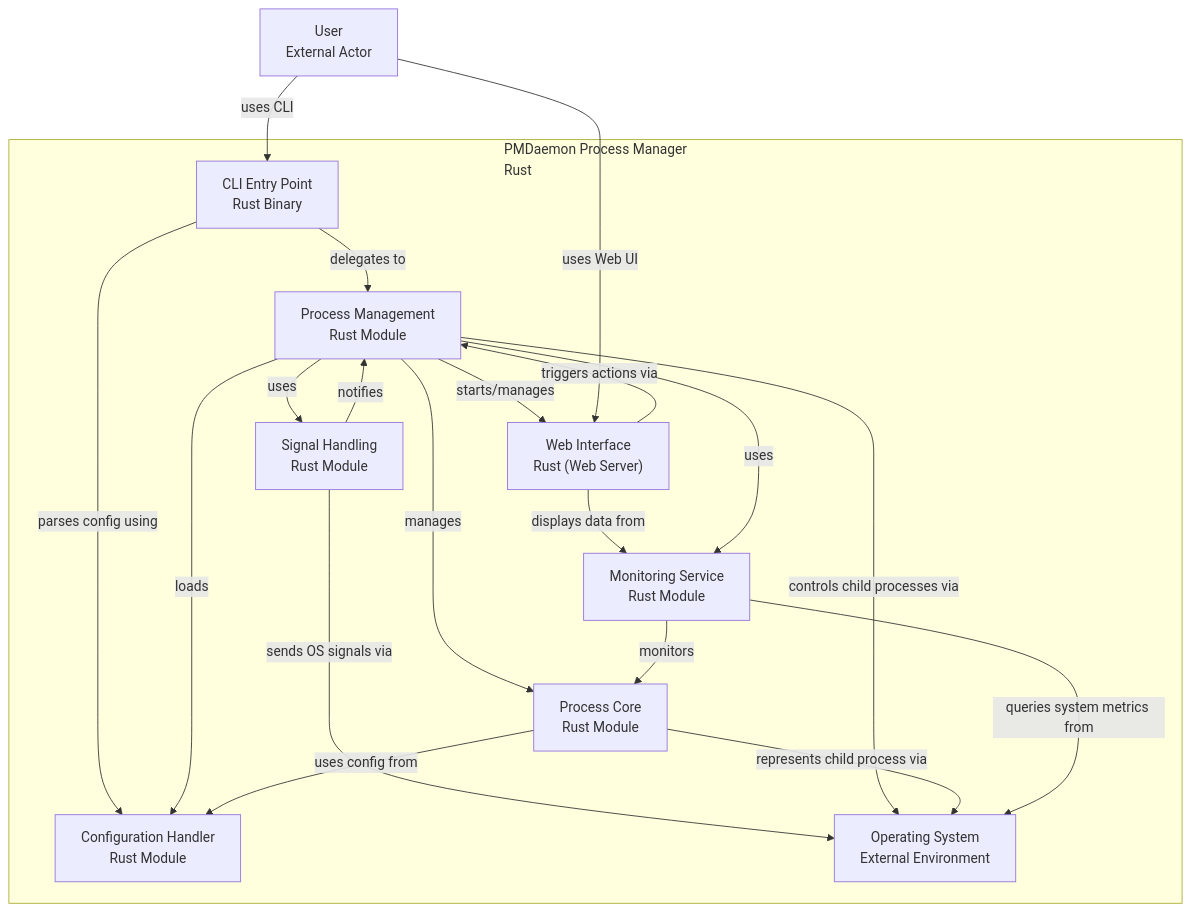
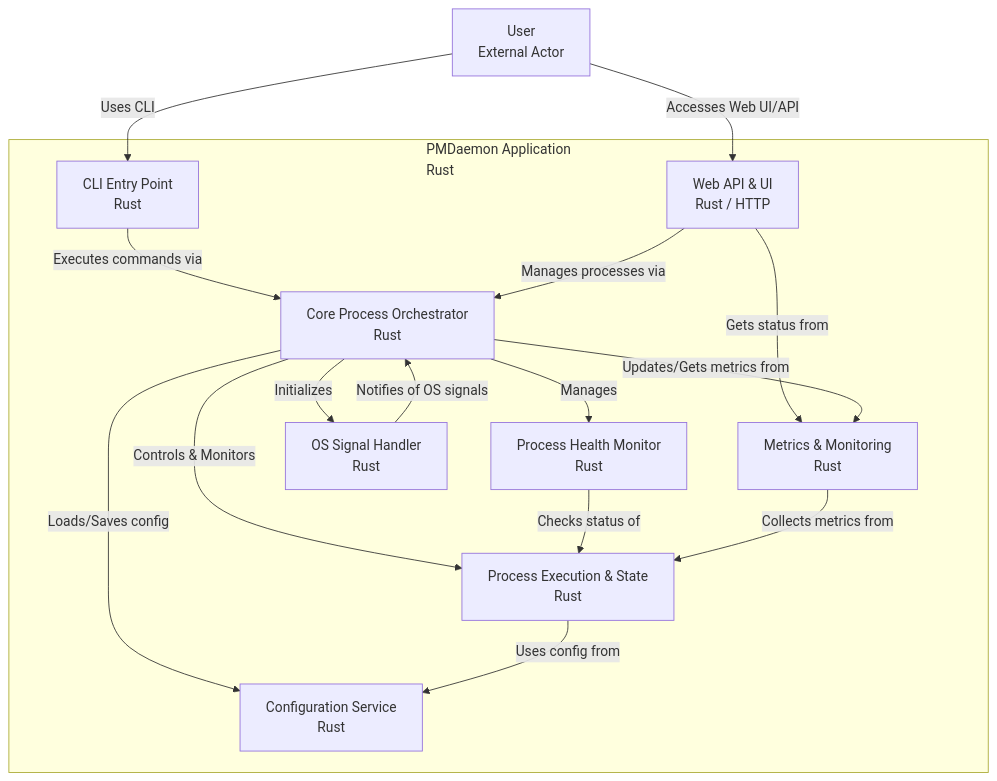
Before and after one commit to entrepeneur4lyf/pmdaemon: the diagram in assets/flow.mmd, drawn with Mermaid. The commit also changed 4 other files, not shown here.

First line of the commit message:
Adds process flow diagram to README

```diff
--- a/assets/flow.mmd
+++ b/assets/flow.mmd
@@ -1,33 +1,29 @@
 graph TD
 
-    3924["User<br>External Actor"]
-    subgraph 3915["PMDaemon Process Manager<br>Rust"]
-        3916["CLI Entry Point<br>Rust Binary"]
-        3917["Process Management<br>Rust Module"]
-        3918["Configuration Handler<br>Rust Module"]
-        3919["Process Core<br>Rust Module"]
-        3920["Web Interface<br>Rust (Web Server)"]
-        3921["Monitoring Service<br>Rust Module"]
-        3922["Signal Handling<br>Rust Module"]
-        3923["Operating System<br>External Environment"]
+    17017["User<br>External Actor"]
+    subgraph 17008["PMDaemon Application<br>Rust"]
+        17009["CLI Entry Point<br>Rust"]
+        17010["Web API &amp; UI<br>Rust / HTTP"]
+        17011["Core Process Orchestrator<br>Rust"]
+        17012["Process Execution &amp; State<br>Rust"]
+        17013["Configuration Service<br>Rust"]
+        17014["Process Health Monitor<br>Rust"]
+        17015["Metrics &amp; Monitoring<br>Rust"]
+        17016["OS Signal Handler<br>Rust"]
         %% Edges at this level (grouped by source)
-        3916["CLI Entry Point<br>Rust Binary"] -->|delegates to| 3917["Process Management<br>Rust Module"]
-        3916["CLI Entry Point<br>Rust Binary"] -->|parses config using| 3918["Configuration Handler<br>Rust Module"]
-        3920["Web Interface<br>Rust (Web Server)"] -->|triggers actions via| 3917["Process Management<br>Rust Module"]
-        3920["Web Interface<br>Rust (Web Server)"] -->|displays data from| 3921["Monitoring Service<br>Rust Module"]
-        3922["Signal Handling<br>Rust Module"] -->|notifies| 3917["Process Management<br>Rust Module"]
-        3922["Signal Handling<br>Rust Module"] -->|sends OS signals via| 3923["Operating System<br>External Environment"]
-        3917["Process Management<br>Rust Module"] -->|loads| 3918["Configuration Handler<br>Rust Module"]
-        3917["Process Management<br>Rust Module"] -->|manages| 3919["Process Core<br>Rust Module"]
-        3917["Process Management<br>Rust Module"] -->|starts/manages| 3920["Web Interface<br>Rust (Web Server)"]
-        3917["Process Management<br>Rust Module"] -->|uses| 3921["Monitoring Service<br>Rust Module"]
-        3917["Process Management<br>Rust Module"] -->|uses| 3922["Signal Handling<br>Rust Module"]
-        3917["Process Management<br>Rust Module"] -->|controls child processes via| 3923["Operating System<br>External Environment"]
-        3919["Process Core<br>Rust Module"] -->|uses config from| 3918["Configuration Handler<br>Rust Module"]
-        3919["Process Core<br>Rust Module"] -->|represents child process via| 3923["Operating System<br>External Environment"]
-        3921["Monitoring Service<br>Rust Module"] -->|monitors| 3919["Process Core<br>Rust Module"]
-        3921["Monitoring Service<br>Rust Module"] -->|queries system metrics from| 3923["Operating System<br>External Environment"]
+        17009["CLI Entry Point<br>Rust"] -->|Executes commands via| 17011["Core Process Orchestrator<br>Rust"]
+        17010["Web API &amp; UI<br>Rust / HTTP"] -->|Manages processes via| 17011["Core Process Orchestrator<br>Rust"]
+        17010["Web API &amp; UI<br>Rust / HTTP"] -->|Gets status from| 17015["Metrics &amp; Monitoring<br>Rust"]
+        17016["OS Signal Handler<br>Rust"] -->|Notifies of OS signals| 17011["Core Process Orchestrator<br>Rust"]
+        17011["Core Process Orchestrator<br>Rust"] -->|Controls & Monitors| 17012["Process Execution &amp; State<br>Rust"]
+        17011["Core Process Orchestrator<br>Rust"] -->|Loads/Saves config| 17013["Configuration Service<br>Rust"]
+        17011["Core Process Orchestrator<br>Rust"] -->|Manages| 17014["Process Health Monitor<br>Rust"]
+        17011["Core Process Orchestrator<br>Rust"] -->|Updates/Gets metrics from| 17015["Metrics &amp; Monitoring<br>Rust"]
+        17011["Core Process Orchestrator<br>Rust"] -->|Initializes| 17016["OS Signal Handler<br>Rust"]
+        17014["Process Health Monitor<br>Rust"] -->|Checks status of| 17012["Process Execution &amp; State<br>Rust"]
+        17015["Metrics &amp; Monitoring<br>Rust"] -->|Collects metrics from| 17012["Process Execution &amp; State<br>Rust"]
+        17012["Process Execution &amp; State<br>Rust"] -->|Uses config from| 17013["Configuration Service<br>Rust"]
     end
     %% Edges at this level (grouped by source)
-    3924["User<br>External Actor"] -->|uses CLI| 3916["CLI Entry Point<br>Rust Binary"]
-    3924["User<br>External Actor"] -->|uses Web UI| 3920["Web Interface<br>Rust (Web Server)"]
+    17017["User<br>External Actor"] -->|Uses CLI| 17009["CLI Entry Point<br>Rust"]
+    17017["User<br>External Actor"] -->|Accesses Web UI/API| 17010["Web API &amp; UI<br>Rust / HTTP"]
```
